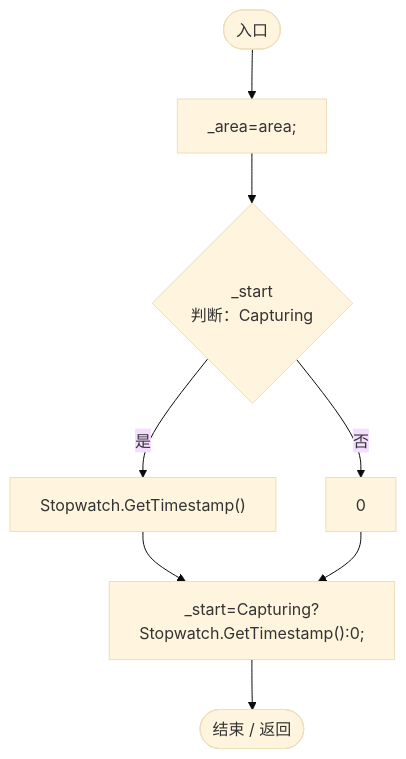
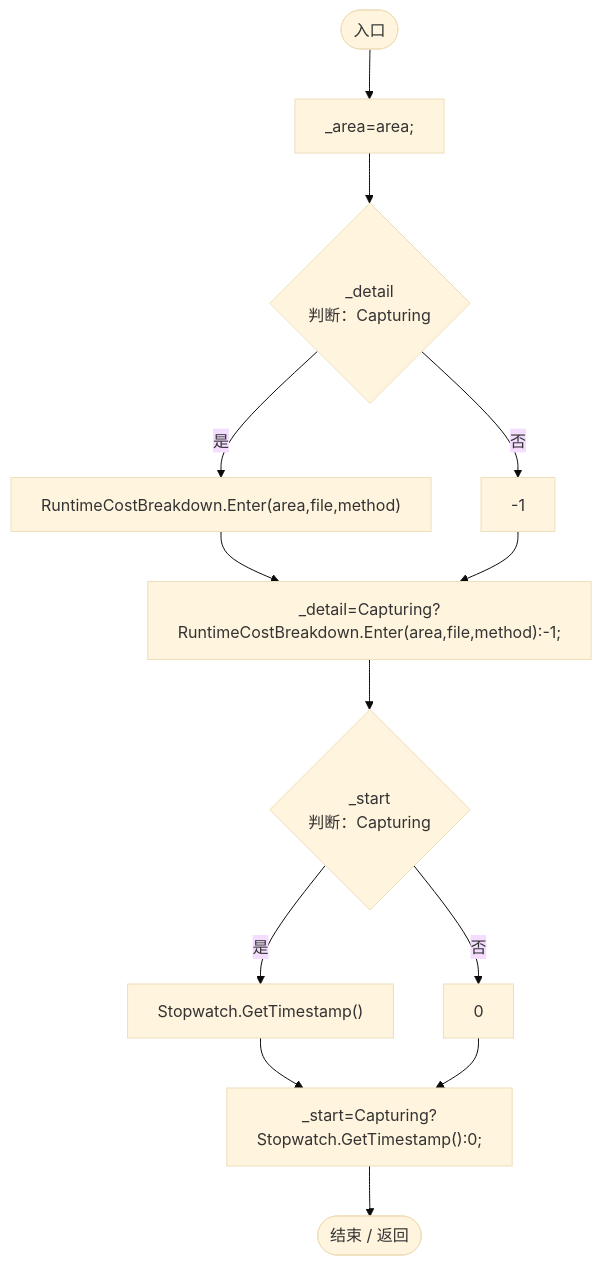
The third of 17 diagrams in Docs/运行流程图/脚本/a8403a4c7503726d.md (xhs6666/Darwin_paradise), drawn with Mermaid (base theme) before and after one commit. The commit also changed other lines of this file and 150 other files, not shown here.

````diff
--- a/Docs/运行流程图/脚本/a8403a4c7503726d.md
+++ b/Docs/运行流程图/脚本/a8403a4c7503726d.md
@@ -59,18 +59,27 @@
 ```mermaid
 flowchart TD
   b0(["入口"])
   b1["_area=area;"]
-  b2{"_start<br/>判断：Capturing"}
-  b3["Stopwatch.GetTimestamp()"]
-  b4["0"]
-  b5["_start=Capturing?Stopwatch.GetTimestamp():0;"]
-  b6(["结束 / 返回"])
+  b2{"_detail<br/>判断：Capturing"}
+  b3["RuntimeCostBreakdown.Enter(area,file,method)"]
+  b4["-1"]
+  b5["_detail=Capturing?RuntimeCostBreakdown.Enter(area,file,method):-1;"]
+  b6{"_start<br/>判断：Capturing"}
+  b7["Stopwatch.GetTimestamp()"]
+  b8["0"]
+  b9["_start=Capturing?Stopwatch.GetTimestamp():0;"]
+  b10(["结束 / 返回"])
   b0 --> b1
   b1 --> b2
   b2 -->|"是"| b3
   b2 -->|"否"| b4
   b3 --> b5
   b4 --> b5
   b5 --> b6
+  b6 -->|"是"| b7
+  b6 -->|"否"| b8
+  b7 --> b9
+  b8 --> b9
+  b9 --> b10
 
 ```
````
